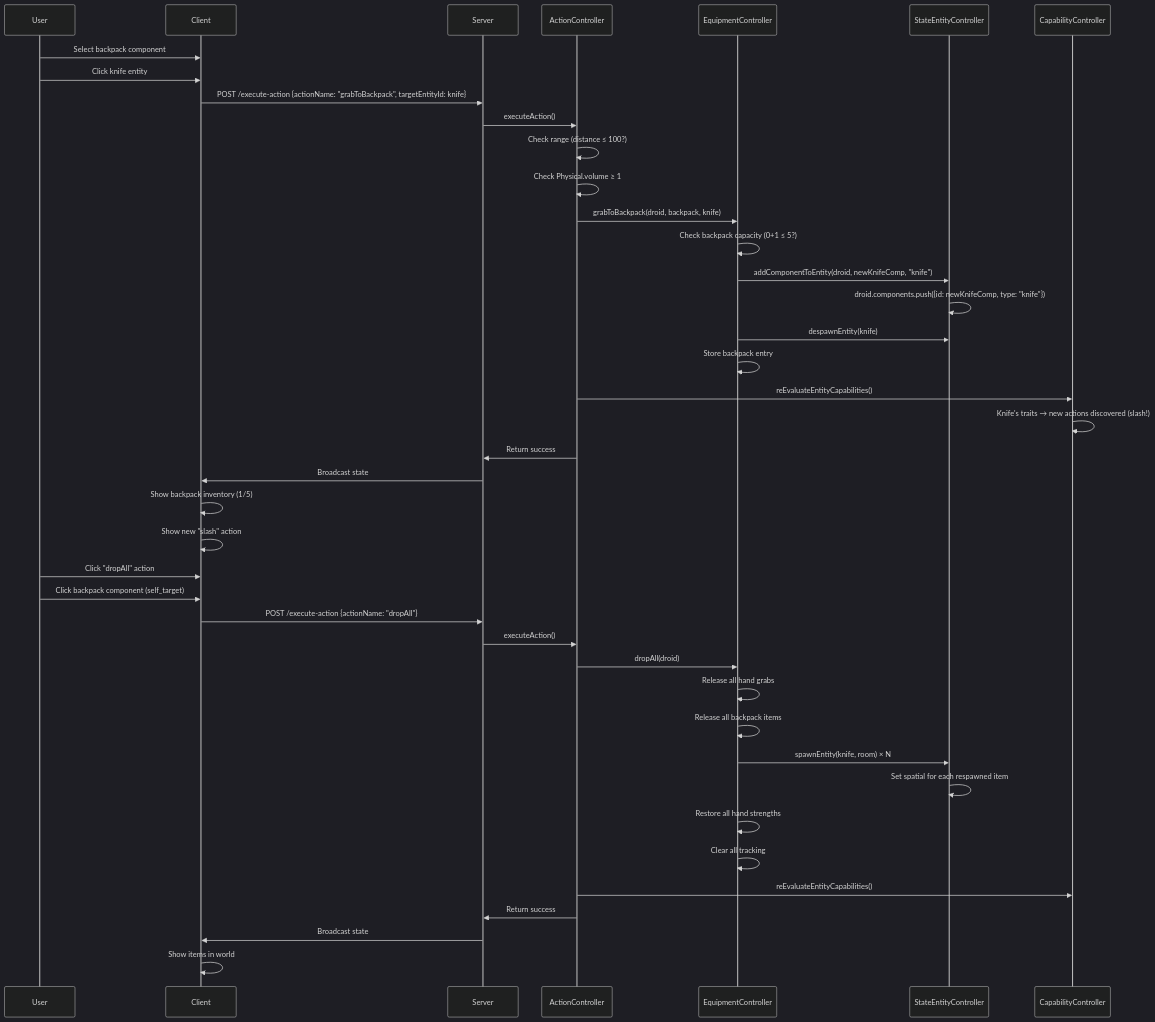
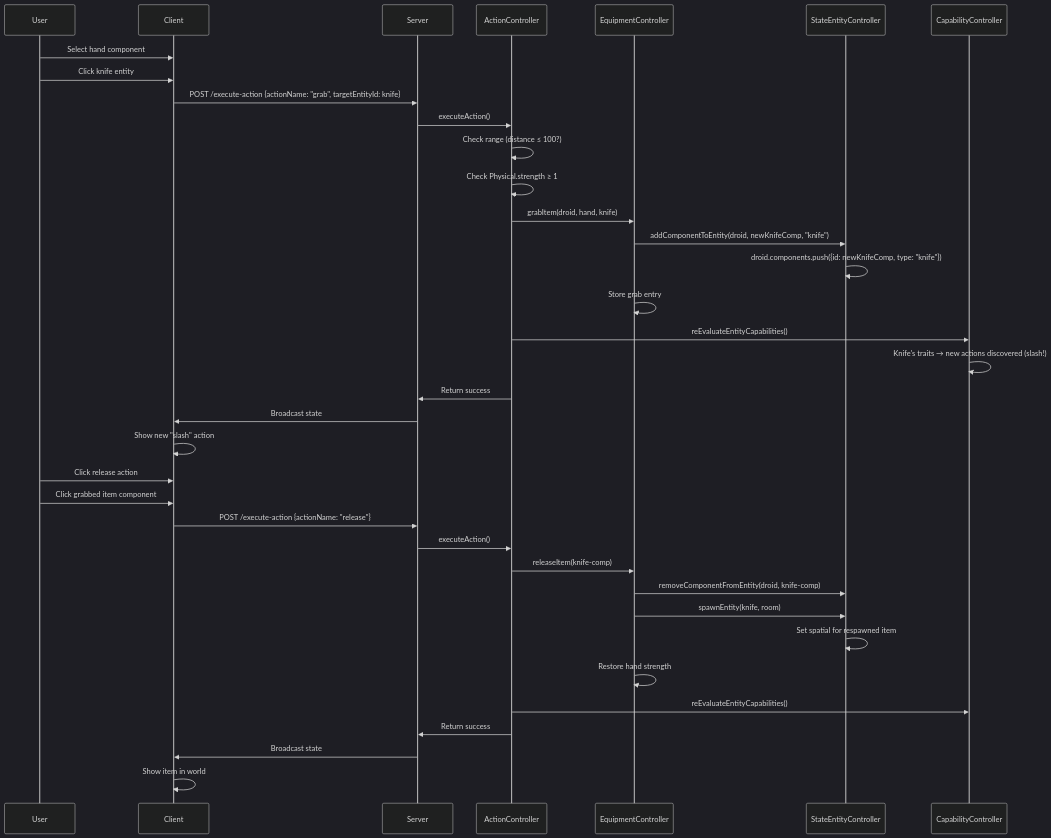
Before and after one commit to Rhuan-P-Dev/slopSimulacrum: the diagram in wiki/subMDs/equipment_system.md, drawn with Mermaid (dark theme). The commit also changed other lines of this file and 12 other files, not shown here.

First line of the commit message:
refactor: remove grabToBackpack and dropAll equipment actions

````diff
--- a/wiki/subMDs/equipment_system.md
+++ b/wiki/subMDs/equipment_system.md
@@ -398,47 +256,42 @@
 ```mermaid
 sequenceDiagram
     participant U as User
     participant C as Client
     participant S as Server
     participant AC as ActionController
     participant EC as EquipmentController
     participant SEC as StateEntityController
     participant CCC as CapabilityController
 
-    %% Grab to Backpack
-    U->>C: Select backpack component
+    %% Grab
+    U->>C: Select hand component
     U->>C: Click knife entity
-    C->>S: POST /execute-action {actionName: "grabToBackpack", targetEntityId: knife}
+    C->>S: POST /execute-action {actionName: "grab", targetEntityId: knife}
     S->>AC: executeAction()
     AC->>AC: Check range (distance ≤ 100?)
-    AC->>AC: Check Physical.volume ≥ 1
-    AC->>EC: grabToBackpack(droid, backpack, knife)
-    EC->>EC: Check backpack capacity (0+1 ≤ 5?)
+    AC->>AC: Check Physical.strength ≥ 1
+    AC->>EC: grabItem(droid, hand, knife)
     EC->>SEC: addComponentToEntity(droid, newKnifeComp, "knife")
     SEC->>SEC: droid.components.push({id: newKnifeComp, type: "knife"})
-    EC->>SEC: despawnEntity(knife)
-    EC->>EC: Store backpack entry
+    EC->>EC: Store grab entry
     AC->>CCC: reEvaluateEntityCapabilities()
     CCC->>CCC: Knife's traits → new actions discovered (slash!)
     AC->>S: Return success
     S->>C: Broadcast state
-    C->>C: Show backpack inventory (1/5)
     C->>C: Show new "slash" action
 
-    %% Drop All
-    U->>C: Click "dropAll" action
-    U->>C: Click backpack component (self_target)
-    C->>S: POST /execute-action {actionName: "dropAll"}
+    %% Release
+    U->>C: Click release action
+    U->>C: Click grabbed item component
+    C->>S: POST /execute-action {actionName: "release"}
     S->>AC: executeAction()
-    AC->>EC: dropAll(droid)
-    EC->>EC: Release all hand grabs
-    EC->>EC: Release all backpack items
-    EC->>SEC: spawnEntity(knife, room) × N
-    SEC->>SEC: Set spatial for each respawned item
-    EC->>EC: Restore all hand strengths
-    EC->>EC: Clear all tracking
+    AC->>EC: releaseItem(knife-comp)
+    EC->>SEC: removeComponentFromEntity(droid, knife-comp)
+    EC->>SEC: spawnEntity(knife, room)
+    SEC->>SEC: Set spatial for respawned item
+    EC->>EC: Restore hand strength
     AC->>CCC: reEvaluateEntityCapabilities()
     AC->>S: Return success
     S->>C: Broadcast state
-    C->>C: Show items in world
+    C->>C: Show item in world
 ```
````
